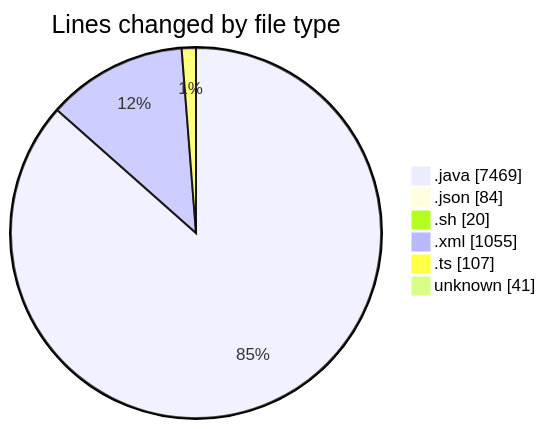
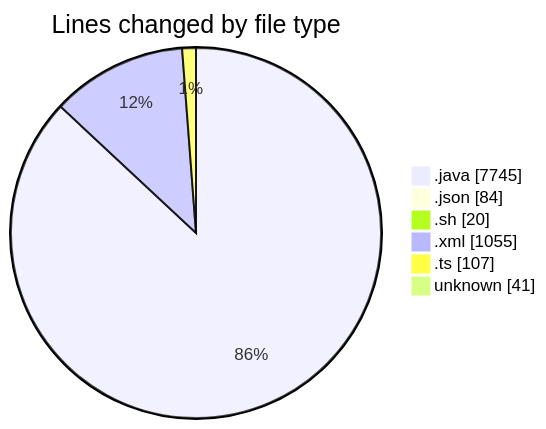
Before and after one commit to charlie-sans/code-tracking: the first of 2 diagrams in 2025-02-23/micros/README.md, drawn with Mermaid. The commit also changed other lines of this file and 1 other file, not shown here.

````diff
--- a/2025-02-23/micros/README.md
+++ b/2025-02-23/micros/README.md
@@ -54,10 +54,10 @@
 ```mermaid
 pie showData
 title Lines changed by file type
-".java" : 7469
+".java" : 7745
 ".json" : 84
 ".sh" : 20
 ".xml" : 1055
 ".ts" : 107
 "unknown" : 41
 ```
````
